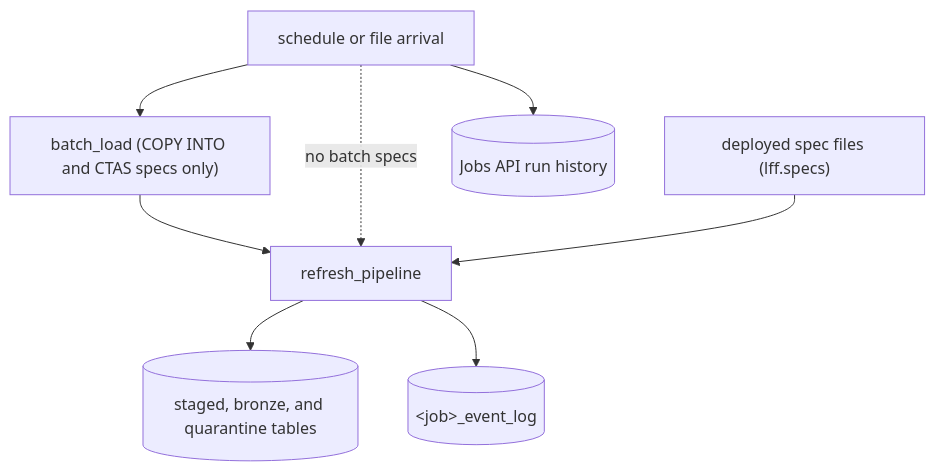
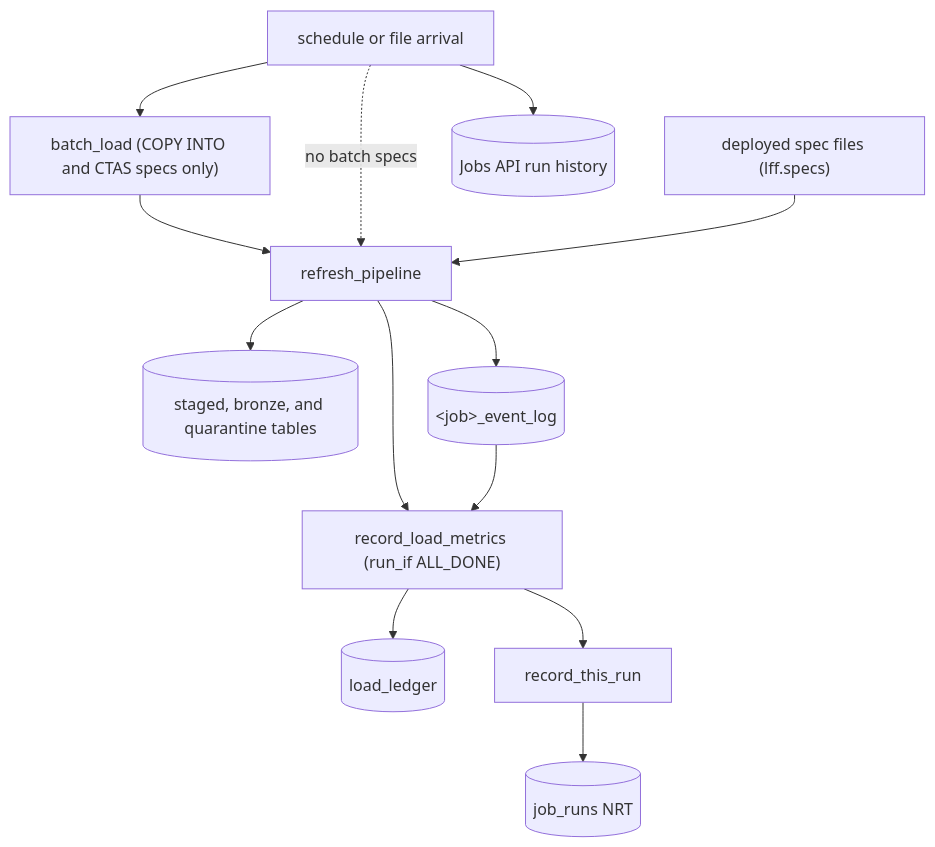
One commit to NitinKeshavB/framework changed the second of 9 diagrams in framework_docs/ARCHITECTURE.md. Above: the diagram before and after it, drawn with Mermaid. The commit also changed other lines of this file and 20 other files, not shown here.

First line of the commit message:
Make load_ledger the sole recon SoR with NRT runs and archives.

````diff
--- a/framework_docs/ARCHITECTURE.md
+++ b/framework_docs/ARCHITECTURE.md
@@ -67,10 +67,15 @@
 ```mermaid
 flowchart TD
   trigger[schedule or file arrival] --> batchLoad["batch_load (COPY INTO and CTAS specs only)"]
   batchLoad --> refresh[refresh_pipeline]
   trigger -. no batch specs .-> refresh
   specs["deployed spec files (lff.specs)"] --> refresh
   refresh --> tables[(staged, bronze, and quarantine tables)]
   refresh --> eventLog[("&lt;job&gt;_event_log")]
+  refresh --> recordMetrics["record_load_metrics (run_if ALL_DONE)"]
+  eventLog --> recordMetrics
+  recordMetrics --> ledger[(load_ledger)]
+  recordMetrics --> recordThisRun[record_this_run]
+  recordThisRun --> jobRuns[(job_runs NRT)]
   trigger --> jobsApi[(Jobs API run history)]
 ```
````
